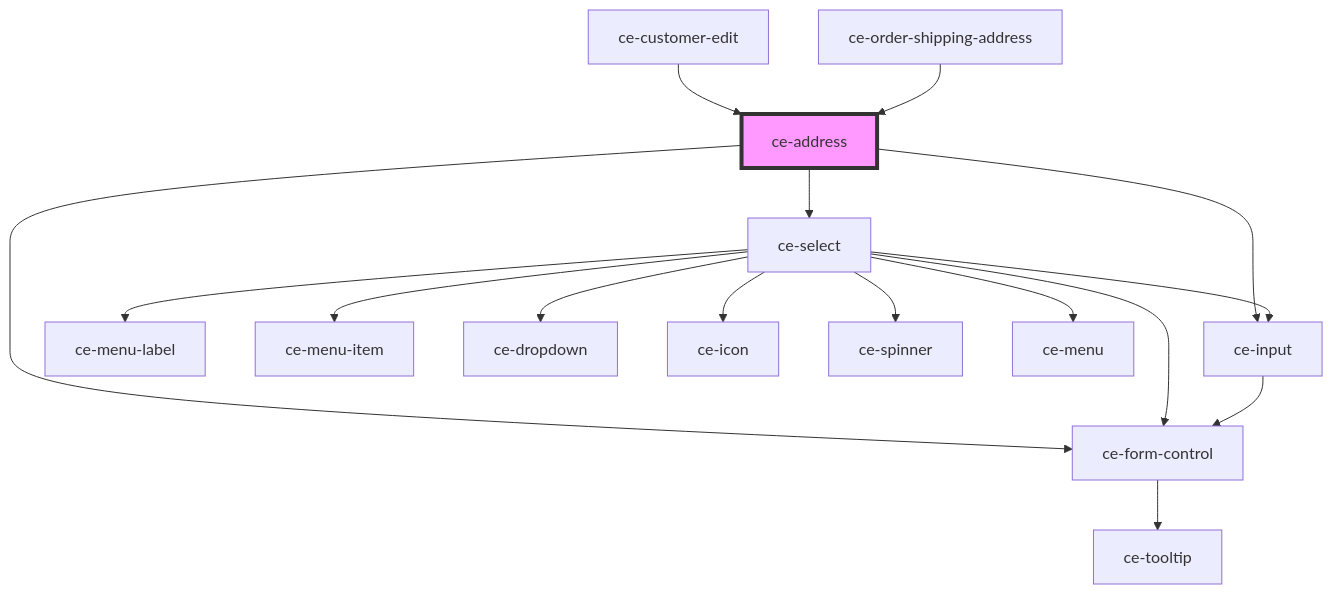
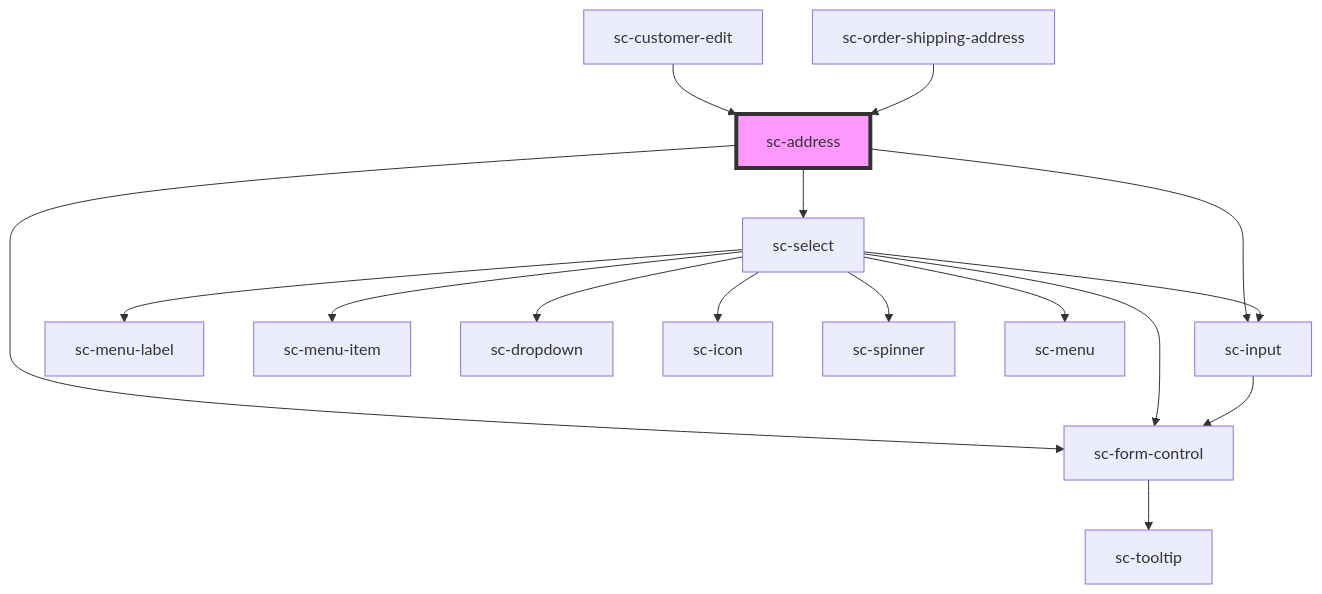
Before and after one commit to surecart/surecart-wp-plugin: the diagram in packages/components/src/components/ui/address/readme.md, drawn with Mermaid. The commit also changed other lines of this file and 1281 other files, not shown here.

````diff
--- a/packages/components/src/components/ui/address/readme.md
+++ b/packages/components/src/components/ui/address/readme.md
@@ -47,19 +47,19 @@
 ```mermaid
 graph TD;
-  ce-address --> ce-form-control
-  ce-address --> ce-select
-  ce-address --> ce-input
-  ce-form-control --> ce-tooltip
-  ce-select --> ce-menu-label
-  ce-select --> ce-menu-item
-  ce-select --> ce-form-control
-  ce-select --> ce-dropdown
-  ce-select --> ce-icon
-  ce-select --> ce-input
-  ce-select --> ce-spinner
-  ce-select --> ce-menu
-  ce-input --> ce-form-control
-  ce-customer-edit --> ce-address
-  ce-order-shipping-address --> ce-address
-  style ce-address fill:#f9f,stroke:#333,stroke-width:4px
+  sc-address --> sc-form-control
+  sc-address --> sc-select
+  sc-address --> sc-input
+  sc-form-control --> sc-tooltip
+  sc-select --> sc-menu-label
+  sc-select --> sc-menu-item
+  sc-select --> sc-form-control
+  sc-select --> sc-dropdown
+  sc-select --> sc-icon
+  sc-select --> sc-input
+  sc-select --> sc-spinner
+  sc-select --> sc-menu
+  sc-input --> sc-form-control
+  sc-customer-edit --> sc-address
+  sc-order-shipping-address --> sc-address
+  style sc-address fill:#f9f,stroke:#333,stroke-width:4px
 ```
````
